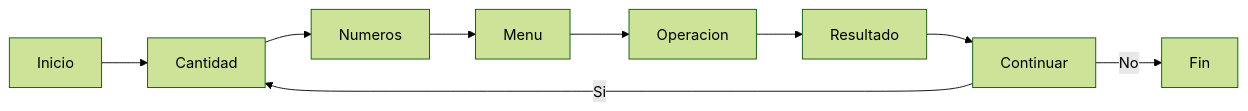
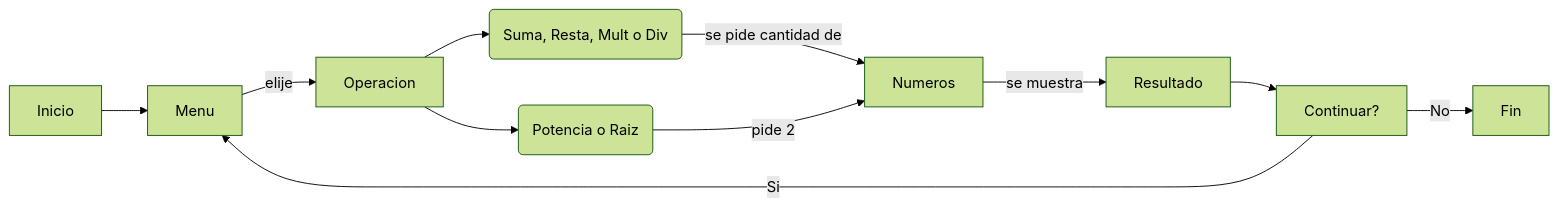
One commit to elprofedotti/IITA-Clase02 changed the diagram in Readme.md. Above: the diagram before and after it, drawn with Mermaid (forest theme). The commit also changed other lines of this file, not shown here.

````diff
--- a/Readme.md
+++ b/Readme.md
@@ -8,11 +11,13 @@
 ```mermaid
 graph LR
-  Inicio --> Cantidad
-  Cantidad --> Numeros
-  Numeros --> Menu
-  Menu --> Operacion
-  Operacion --> Resultado
-  Resultado --> Continuar
-  Continuar -- Si --> Cantidad
-  Continuar -- No --> Fin
+  Inicio --> Menu
+  Menu -- elije--> Operacion
+  Operacion -->B(Suma, Resta, Mult o Div)
+  Operacion --> PR(Potencia o Raiz)
+  B -- se pide cantidad de --> Numeros
+  PR --pide 2--> Numeros
+  Numeros --se muestra--> Resultado
+  Resultado --> Continuar?
+  Continuar? -- Si --> Menu
+Continuar? -- No --> Fin
  ```
````
